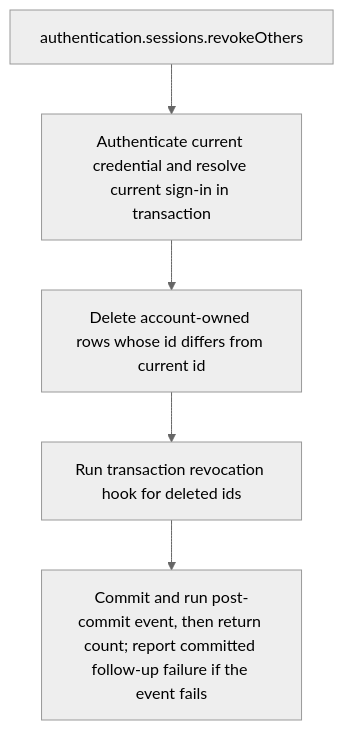
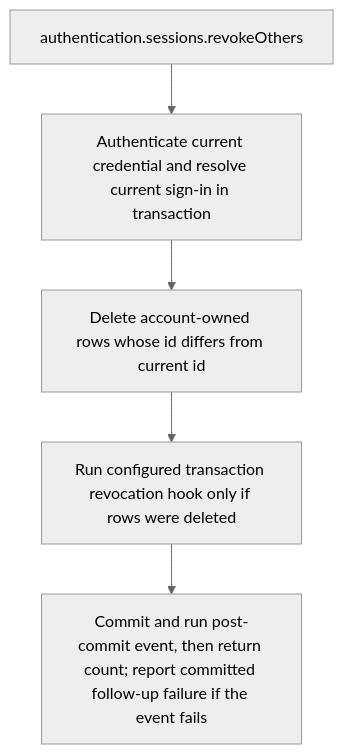
One commit to Kevinjohn/oss-adonisjs-account-kit changed the second of 2 diagrams in user-stories/US-ACCOUNT-16-revoke-other-devices.md. Above: the diagram before and after it, drawn with Mermaid (neutral theme). The commit also changed 43 other files, not shown here.

````diff
--- a/user-stories/US-ACCOUNT-16-revoke-other-devices.md
+++ b/user-stories/US-ACCOUNT-16-revoke-other-devices.md
@@ -30,7 +30,7 @@
 ```mermaid
 flowchart TD
  A["authentication.sessions.revokeOthers"] --> B["Authenticate current credential and resolve current sign-in in transaction"]
  B --> C["Delete account-owned rows whose id differs from current id"]
- C --> D["Run transaction revocation hook for deleted ids"]
+ C --> D["Run configured transaction revocation hook only if rows were deleted"]
  D --> E["Commit and run post-commit event, then return count; report committed follow-up failure if the event fails"]
 ```
````
